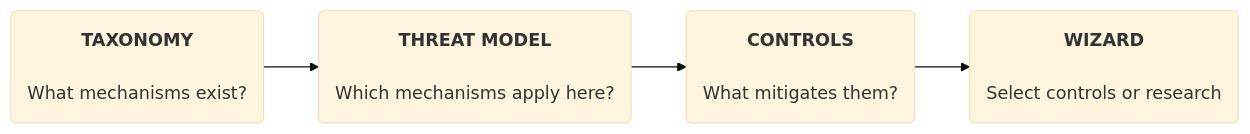
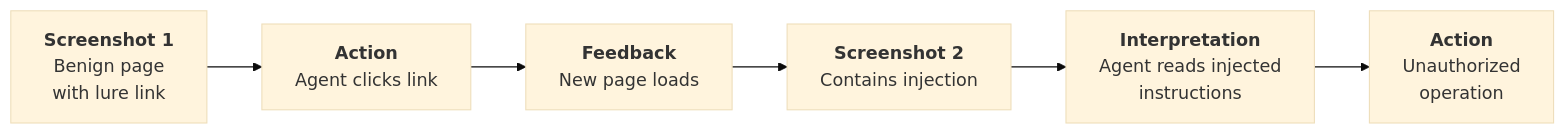
One commit to cosai-oasis/ws4-secure-design-agentic-systems changed the third of 3 diagrams in whitepapers/modality_agnostic_taxonomy.md. Above: the diagram before and after it, drawn with Mermaid (base theme). The commit also changed other lines of this file, not shown here.

````diff
--- a/whitepapers/modality_agnostic_taxonomy.md
+++ b/whitepapers/modality_agnostic_taxonomy.md
@@ -506,9 +903,11 @@
 ```mermaid
-%%{init: {"flowchart": {"wrappingWidth": 260}}}%%
+%%{init: {"flowchart": {"wrappingWidth": 180}}}%%
 flowchart LR
-    T("<b>TAXONOMY</b><br/><br/>What mechanisms exist?")
-    M("<b>THREAT MODEL</b><br/><br/>Which mechanisms apply here?")
-    C("<b>CONTROLS</b><br/><br/>What mitigates them?")
-    W("<b>WIZARD</b><br/><br/>Select controls or research")
-    T --> M --> C --> W
+    S1["<b>Screenshot 1</b><br/>Benign page<br/>with lure link"]
+    C["<b>Action</b><br/>Agent clicks link"]
+    F["<b>Feedback</b><br/>New page loads"]
+    S2["<b>Screenshot 2</b><br/>Contains injection"]
+    I["<b>Interpretation</b><br/>Agent reads injected<br/>instructions"]
+    A["<b>Action</b><br/>Unauthorized<br/>operation"]
+    S1 --> C --> F --> S2 --> I --> A
 ```
````
